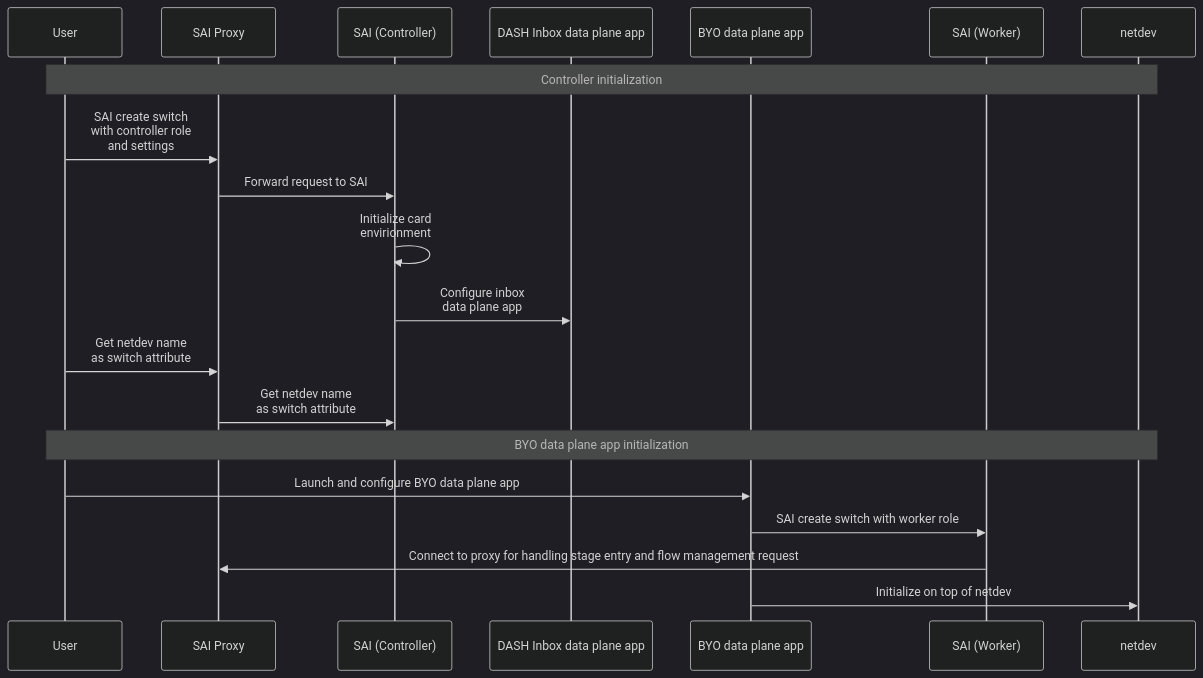
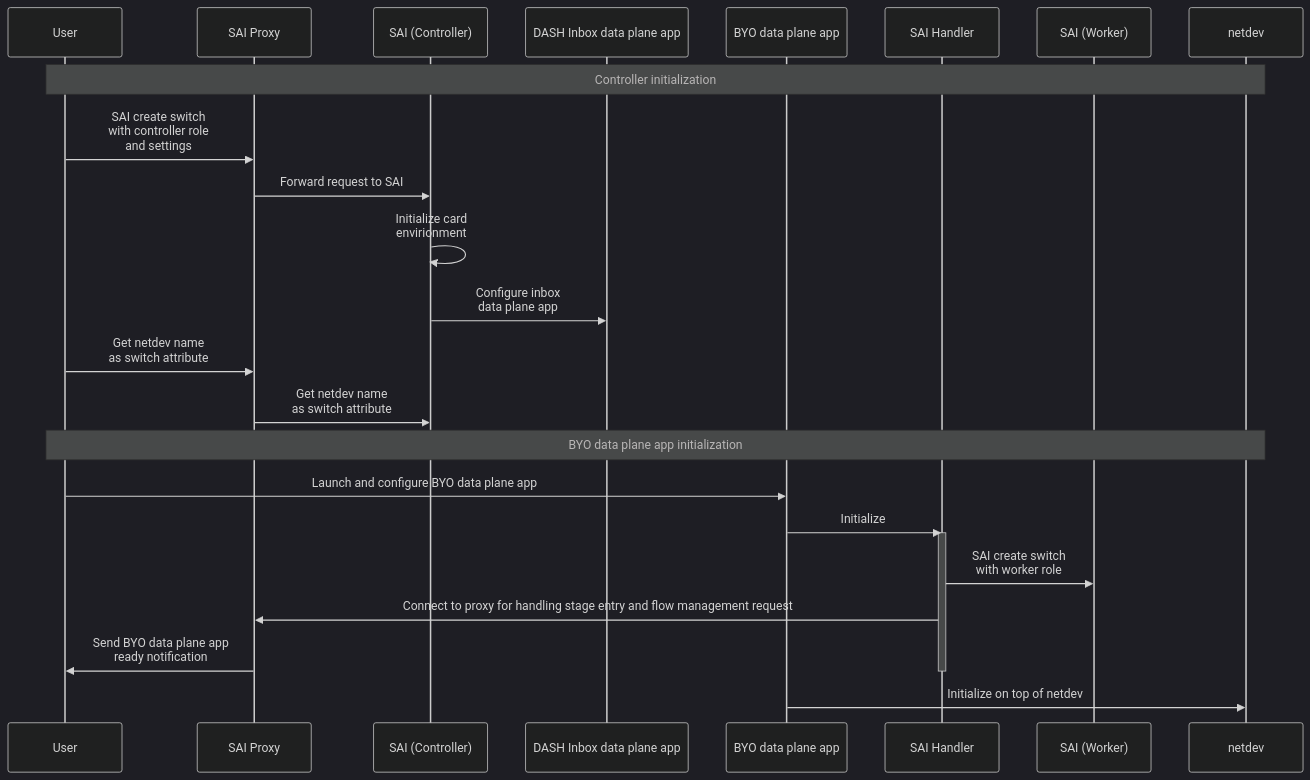
One commit to sonic-net/DASH changed the first of 2 diagrams in documentation/dataplane/dash-byo-data-plane-app.md. Above: the diagram before and after it, drawn with Mermaid (dark theme). The commit also changed other lines of this file, not shown here.

Commit message:
Add notification when BYO data plane app is launched.

````diff
--- a/documentation/dataplane/dash-byo-data-plane-app.md
+++ b/documentation/dataplane/dash-byo-data-plane-app.md
@@ -60,25 +60,30 @@
 ```mermaid
 sequenceDiagram
 
 participant User
 participant SP as SAI Proxy
 participant SC as SAI (Controller)
 participant IDPA as DASH Inbox data plane app
 participant BYODPA as BYO data plane app
+participant SH as SAI Handler
 participant SW as SAI (Worker)
 participant netdev
 
 note over User,netdev: Controller initialization
 User->>SP: SAI create switch<br>with controller role<br>and settings
 SP->>SC: Forward request to SAI
 SC->>SC: Initialize card<br>envirionment
 SC->>IDPA: Configure inbox<br>data plane app
 User->>SP: Get netdev name<br>as switch attribute
 SP->>SC: Get netdev name<br>as switch attribute
 
 note over User,netdev: BYO data plane app initialization
 User->>BYODPA: Launch and configure BYO data plane app
-BYODPA->>SW: SAI create switch with worker role
-SW->>SP: Connect to proxy for handling stage entry and flow management request
+BYODPA->>SH: Initialize
+activate SH
+SH->>SW: SAI create switch<br>with worker role
+SH->>SP: Connect to proxy for handling stage entry and flow management request
+SP->>User: Send BYO data plane app<br>ready notification
+deactivate SH
 BYODPA->>netdev: Initialize on top of netdev
 ```
````
